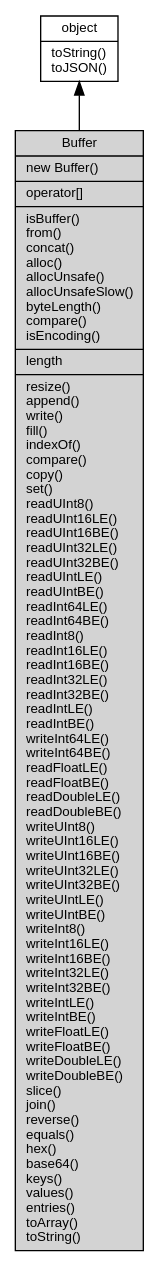
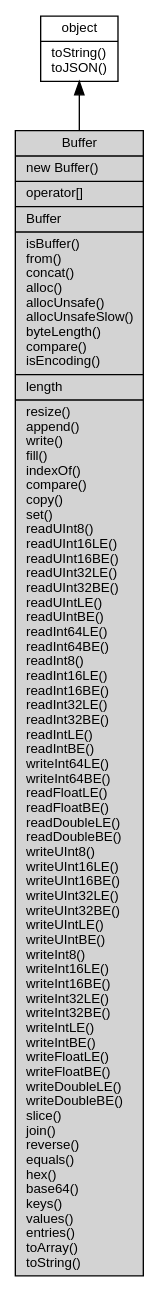
Before and after one commit to fibjs/fibjs.org: the diagram in docs/manual/object/ifs/Buffer.md, drawn with Graphviz. The commit also changed other lines of this file and 1813 other files, not shown here.

````diff
--- a/docs/manual/object/ifs/Buffer.md
+++ b/docs/manual/object/ifs/Buffer.md
@@ -11,10 +11,10 @@
 ```dot
 digraph {
     node [fontname="Helvetica,sans-Serif", fontsize=10, shape="record", style="filled", fillcolor="white"];
 
     object [tooltip="object", URL="object.md", label="{object|toString()\ltoJSON()\l}"];
-    Buffer [tooltip="Buffer", fillcolor="lightgray", id="me", label="{Buffer|new Buffer()\l|operator[]\l|isBuffer()\lfrom()\lconcat()\lalloc()\lallocUnsafe()\lallocUnsafeSlow()\lbyteLength()\lcompare()\lisEncoding()\l|length\l|resize()\lappend()\lwrite()\lfill()\lindexOf()\lcompare()\lcopy()\lset()\lreadUInt8()\lreadUInt16LE()\lreadUInt16BE()\lreadUInt32LE()\lreadUInt32BE()\lreadUIntLE()\lreadUIntBE()\lreadInt64LE()\lreadInt64BE()\lreadInt8()\lreadInt16LE()\lreadInt16BE()\lreadInt32LE()\lreadInt32BE()\lreadIntLE()\lreadIntBE()\lwriteInt64LE()\lwriteInt64BE()\lreadFloatLE()\lreadFloatBE()\lreadDoubleLE()\lreadDoubleBE()\lwriteUInt8()\lwriteUInt16LE()\lwriteUInt16BE()\lwriteUInt32LE()\lwriteUInt32BE()\lwriteUIntLE()\lwriteUIntBE()\lwriteInt8()\lwriteInt16LE()\lwriteInt16BE()\lwriteInt32LE()\lwriteInt32BE()\lwriteIntLE()\lwriteIntBE()\lwriteFloatLE()\lwriteFloatBE()\lwriteDoubleLE()\lwriteDoubleBE()\lslice()\ljoin()\lreverse()\lequals()\lhex()\lbase64()\lkeys()\lvalues()\lentries()\ltoArray()\ltoString()\l}"];
+    Buffer [tooltip="Buffer", fillcolor="lightgray", id="me", label="{Buffer|new Buffer()\l|operator[]\l|Buffer\l|isBuffer()\lfrom()\lconcat()\lalloc()\lallocUnsafe()\lallocUnsafeSlow()\lbyteLength()\lcompare()\lisEncoding()\l|length\l|resize()\lappend()\lwrite()\lfill()\lindexOf()\lcompare()\lcopy()\lset()\lreadUInt8()\lreadUInt16LE()\lreadUInt16BE()\lreadUInt32LE()\lreadUInt32BE()\lreadUIntLE()\lreadUIntBE()\lreadInt64LE()\lreadInt64BE()\lreadInt8()\lreadInt16LE()\lreadInt16BE()\lreadInt32LE()\lreadInt32BE()\lreadIntLE()\lreadIntBE()\lwriteInt64LE()\lwriteInt64BE()\lreadFloatLE()\lreadFloatBE()\lreadDoubleLE()\lreadDoubleBE()\lwriteUInt8()\lwriteUInt16LE()\lwriteUInt16BE()\lwriteUInt32LE()\lwriteUInt32BE()\lwriteUIntLE()\lwriteUIntBE()\lwriteInt8()\lwriteInt16LE()\lwriteInt16BE()\lwriteInt32LE()\lwriteInt32BE()\lwriteIntLE()\lwriteIntBE()\lwriteFloatLE()\lwriteFloatBE()\lwriteDoubleLE()\lwriteDoubleBE()\lslice()\ljoin()\lreverse()\lequals()\lhex()\lbase64()\lkeys()\lvalues()\lentries()\ltoArray()\ltoString()\l}"];
 
     object -> Buffer [dir=back];
 }
 ```
````
